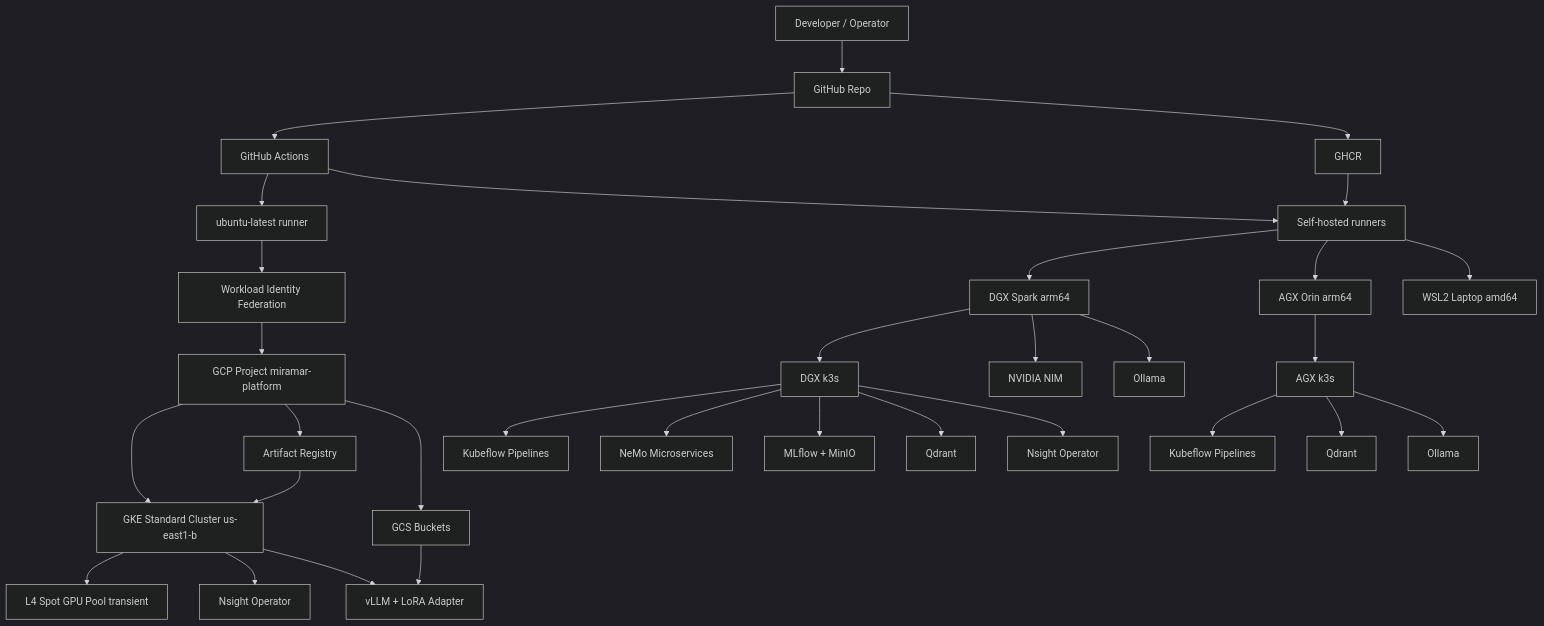
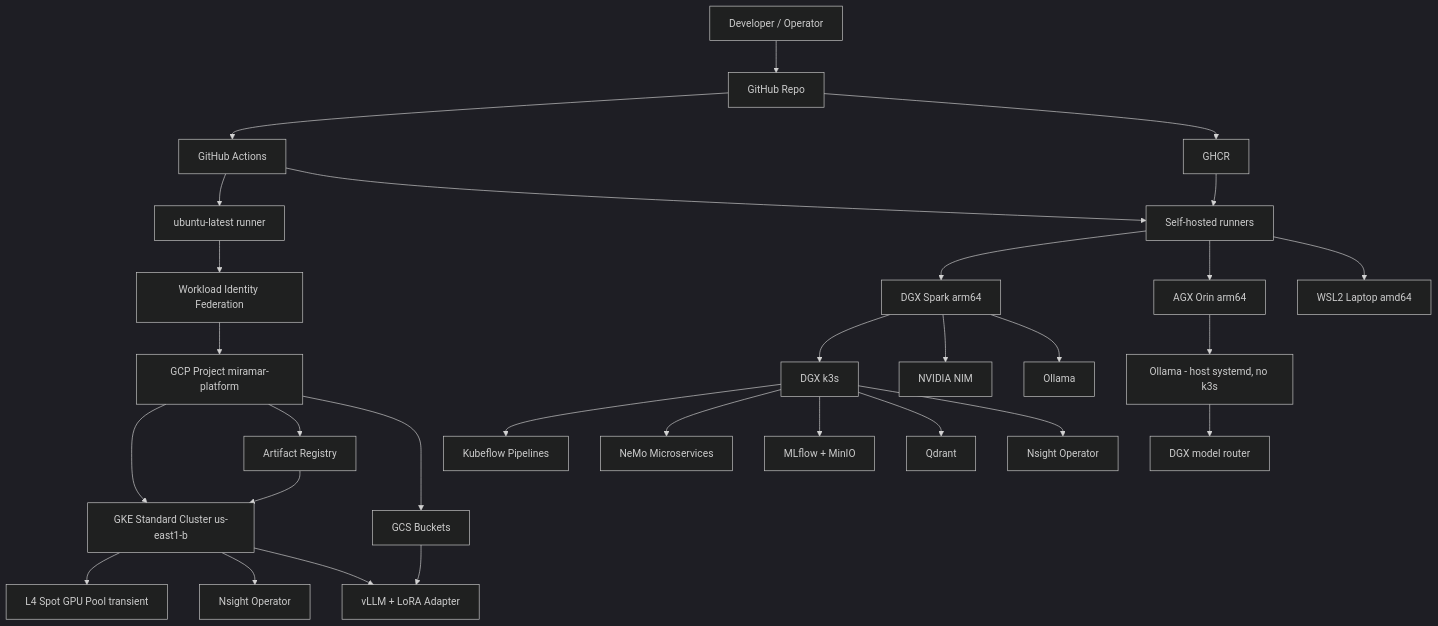
One commit to miramar-labs-org/miramar-platform-gcp changed the diagram in docs/architecture.md. Above: the diagram before and after it, drawn with Mermaid (dark theme). The commit also changed other lines of this file and 10 other files, not shown here.

````diff
--- a/docs/architecture.md
+++ b/docs/architecture.md
@@ -136,42 +134,40 @@
 ```mermaid
 flowchart TD
     Dev[Developer / Operator] --> GH[GitHub Repo]
     GH --> GHA[GitHub Actions]
 
     GHA --> Hosted[ubuntu-latest runner]
     GHA --> SelfHosted[Self-hosted runners]
 
     SelfHosted --> DGX[DGX Spark arm64]
     SelfHosted --> AGX[AGX Orin arm64]
     SelfHosted --> WSL2[WSL2 Laptop amd64]
 
     Hosted --> WIF[Workload Identity Federation]
     WIF --> GCP[GCP Project miramar-platform]
 
     GCP --> GKE[GKE Standard Cluster us-east1-b]
     GCP --> GAR[Artifact Registry]
     GCP --> GCS[GCS Buckets]
 
     GKE --> GPUPool[L4 Spot GPU Pool transient]
     GKE --> NsightGKE[Nsight Operator]
     GKE --> vLLM[vLLM + LoRA Adapter]
 
     DGX --> K3sDGX[DGX k3s]
     K3sDGX --> KFP[Kubeflow Pipelines]
     K3sDGX --> NeMo[NeMo Microservices]
     K3sDGX --> MLflow[MLflow + MinIO]
     K3sDGX --> QdrantDGX[Qdrant]
     K3sDGX --> NsightDGX[Nsight Operator]
     DGX --> NIM[NVIDIA NIM]
     DGX --> Ollama[Ollama]
 
-    AGX --> K3sAGX[AGX k3s]
-    K3sAGX --> KFPAGX[Kubeflow Pipelines]
-    K3sAGX --> QdrantAGX[Qdrant]
-    K3sAGX --> OllamaAGX[Ollama]
+    AGX --> OllamaAGX[Ollama - host systemd, no k3s]
+    OllamaAGX --> Router[DGX model router]
 
     GH --> GHCR[GHCR]
     GHCR --> SelfHosted
     GAR --> GKE
     GCS --> vLLM
 ```
````
